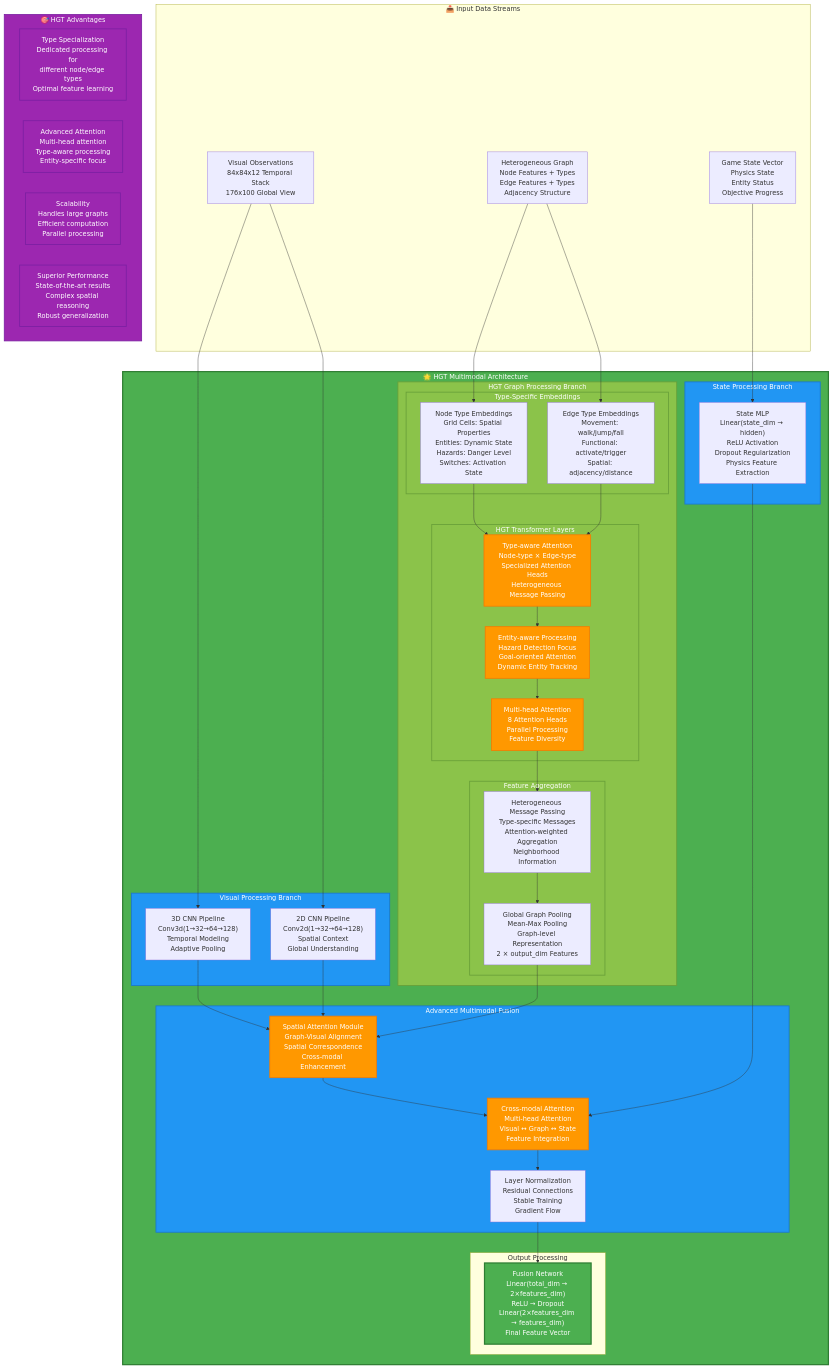
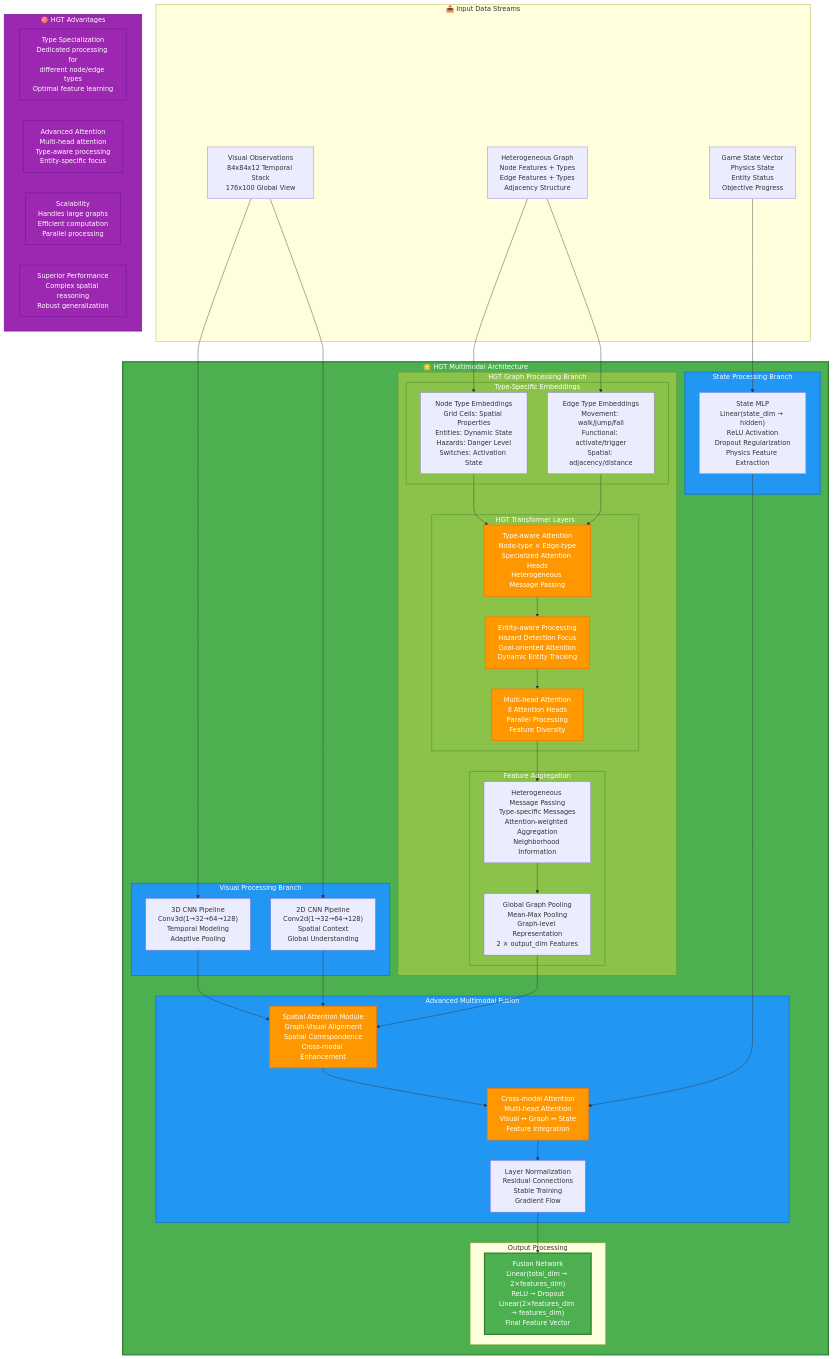
One commit to Tetramputechture/npp-rl changed the third of 8 diagrams in docs/project-architecture-diagrams.md. Above: the diagram before and after it, drawn with Mermaid. The commit also changed other lines of this file and 8 other files, not shown here.

```diff
--- a/docs/project-architecture-diagrams.md
+++ b/docs/project-architecture-diagrams.md
@@ -304,7 +304,7 @@
         TYPE_SPECIALIZATION["Type Specialization<br/>Dedicated processing for<br/>different node/edge types<br/>Optimal feature learning"]
         ATTENTION_MECHANISMS["Advanced Attention<br/>Multi-head attention<br/>Type-aware processing<br/>Entity-specific focus"]
         SCALABILITY["Scalability<br/>Handles large graphs<br/>Efficient computation<br/>Parallel processing"]
-        PERFORMANCE["Superior Performance<br/>State-of-the-art results<br/>Complex spatial reasoning<br/>Robust generalization"]
+        PERFORMANCE["Superior Performance<br/>Complex spatial reasoning<br/>Robust generalization"]
     end
     
     %% Data Flow
```
